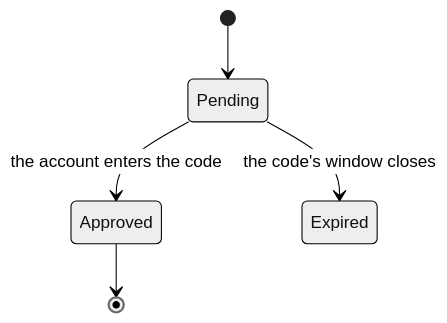
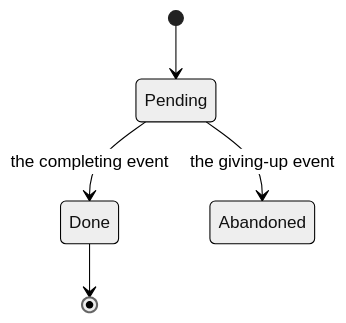
The third of 3 diagrams in .agents/skills/create-pr/references/pr-body.md (lulu0119/acp-web-gateway), drawn with Mermaid (neutral theme) before and after one commit. The commit also changed other lines of this file and 9 other files, not shown here.

````diff
--- a/.agents/skills/create-pr/references/pr-body.md
+++ b/.agents/skills/create-pr/references/pr-body.md
@@ -76,7 +63,7 @@
 ```mermaid
 stateDiagram-v2
   [*] --> Pending
-  Pending --> Approved: the account enters the code
-  Pending --> Expired: the code's window closes
-  Approved --> [*]
+  Pending --> Done: the completing event
+  Pending --> Abandoned: the giving-up event
+  Done --> [*]
 ```
````
